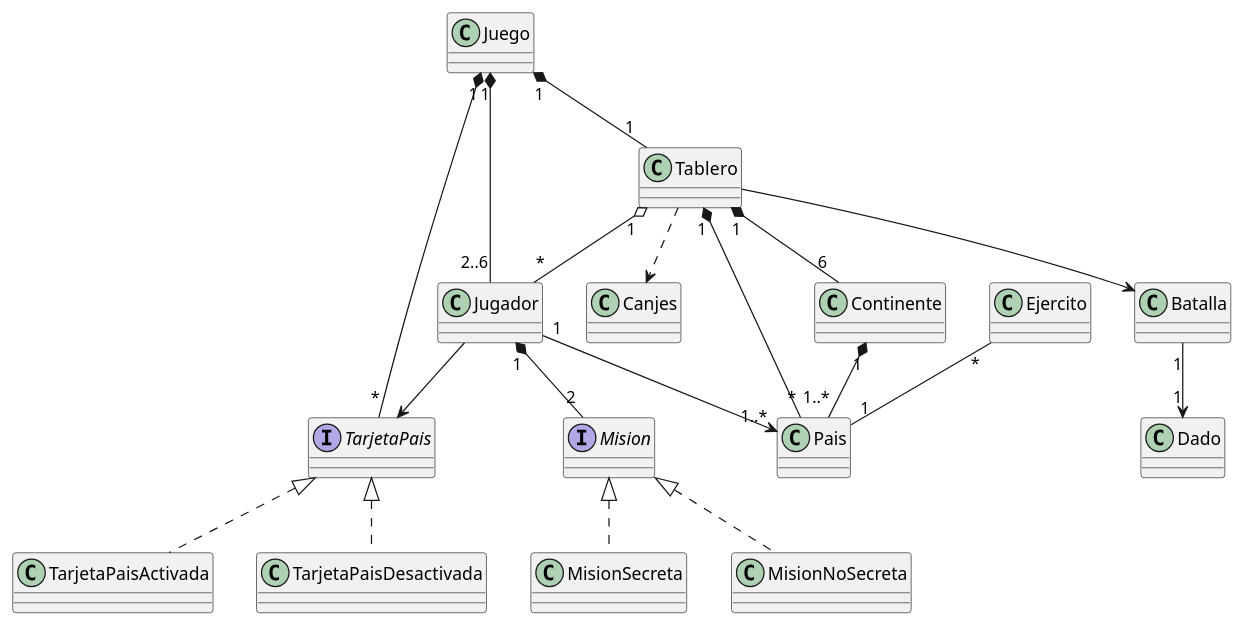
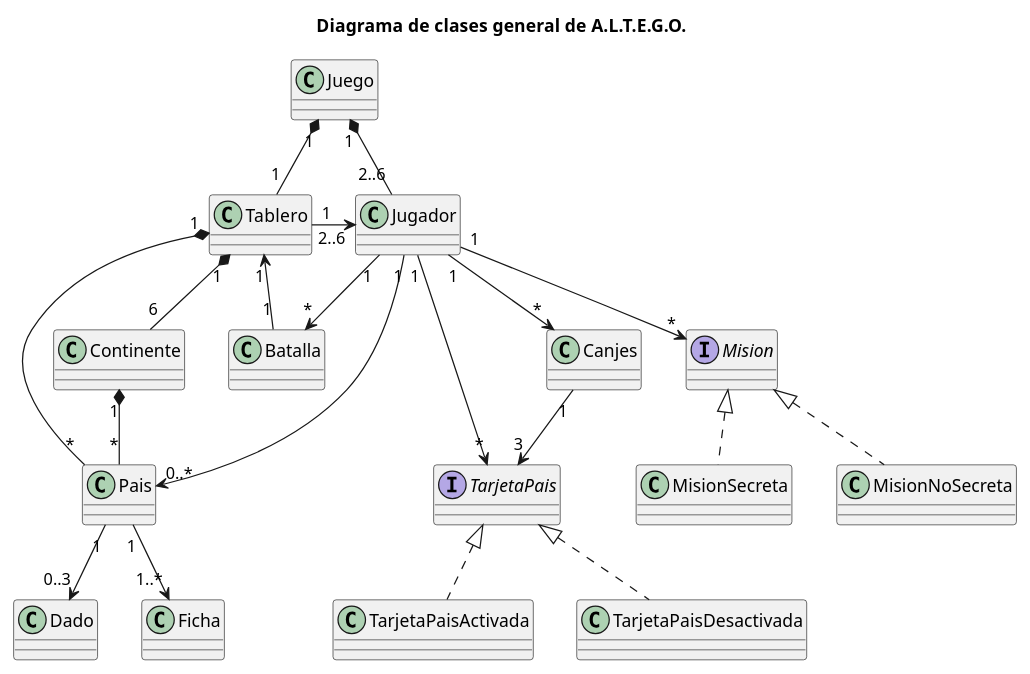
Before and after one commit to daniela41149/algo3_tp2: the diagram in diagramas/dc.wsd, drawn with PlantUML. The commit also changed 5 other files, not shown here.

Commit message:
diagramas finales

```diff
--- a/diagramas/dc.wsd
+++ b/diagramas/dc.wsd
@@ -1,94 +1,92 @@
 @startuml
+
+title "Diagrama de clases general de A.L.T.E.G.O."
 class Juego{
 {method} 
 }
 
 interface TarjetaPais{
 {field} 
 {method} 
 }
 
 class TarjetaPaisActivada{
 {field} 
 {method} 
 }
 
 class TarjetaPaisDesactivada{
 {field} 
 {method} 
 }
 
 class Tablero{
 {field} 
 {method} 
 }
 
 class Jugador{
 {field} 
 {method} 
 }
 
 class Pais{
 {field} 
 {method} 
 }
 
 class Dado{
 {field} 
 {method} 
 }
 
 interface Mision{
 {field} 
 {method} 
 }
 
 class Batalla{
 {field} 
 {method} 
 }
 
 class Continente{
 {field} 
 {method} 
 }
 
 class MisionSecreta{
 {field} 
 {method} 
 }
 
 class MisionNoSecreta{
 {field} 
 {method} 
 }
 
 class Canjes{
 {field} 
 {method} 
 }
 
-class Ejercito{
-{field} 
-{method} 
-}
-
-Juego "1" *-- "2..6"Jugador
-Juego "1" *-- "1"Tablero
-Juego"1" *-- "*"TarjetaPais
-Jugador"1" *-- "2"Mision
-Jugador"1" --> "1..*"Pais
-Ejercito"*" -- "1"Pais
-Tablero"1" *-- "6"Continente
-Tablero"1" *-- "*"Pais
-Tablero --> Batalla
-Batalla"1" --> "1"Dado
-Jugador --> TarjetaPais
-Continente"1" *-- "1..*"Pais 
-Tablero ..> Canjes
-Tablero"1" o-- "*"Jugador
+Juego "1" *-- "1" Tablero
+Juego "1" *-- "2..6" Jugador
+Tablero "1" *-- "*" Pais
+Jugador "1" --> "0..*" Pais
+Jugador "1" --> "*" Batalla
+Tablero "1" *-- "6" Continente
+Continente "1" *-- "*" Pais
+Pais "1" --> "0..3" Dado
+Pais "1" --> "1..*" Ficha
+Jugador "1" --> "*" Canjes
+Jugador "1" --> "*" Mision
 Mision <|.. MisionSecreta
 Mision <|.. MisionNoSecreta
+Jugador "1" --> "*" TarjetaPais
 TarjetaPais <|.. TarjetaPaisActivada
 TarjetaPais <|.. TarjetaPaisDesactivada
+Tablero "1" <-- "1" Batalla
+Tablero "1  " -> "  2..6" Jugador
+Canjes "1" --> "3" TarjetaPais
 @enduml
```
